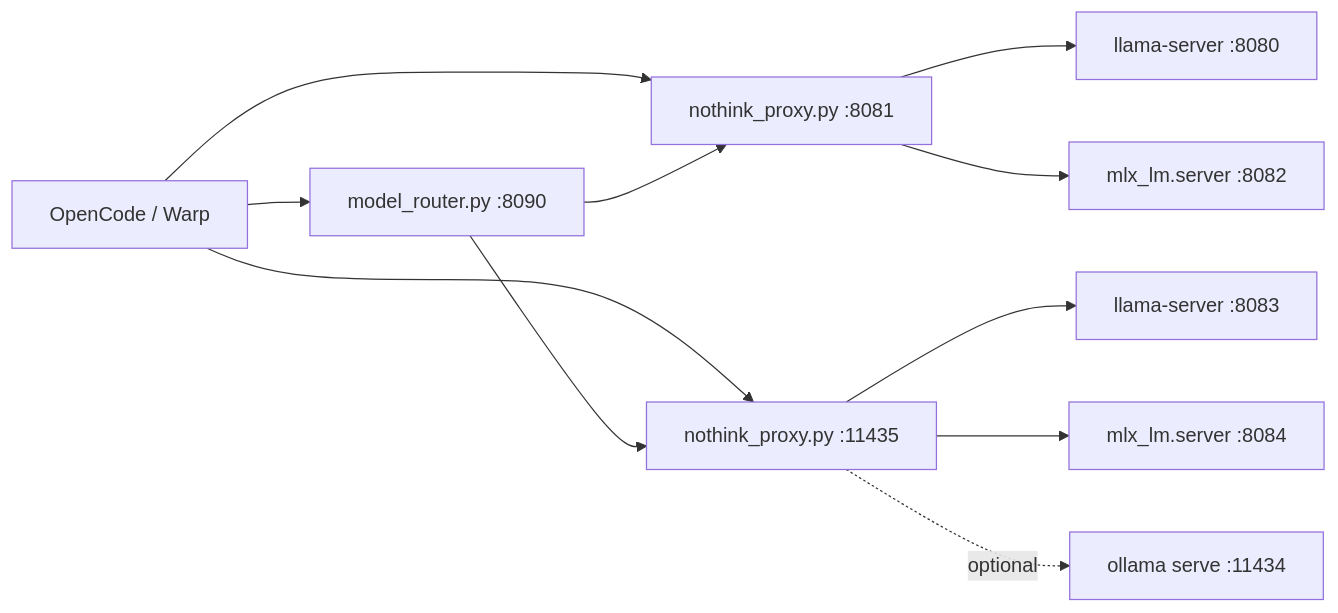
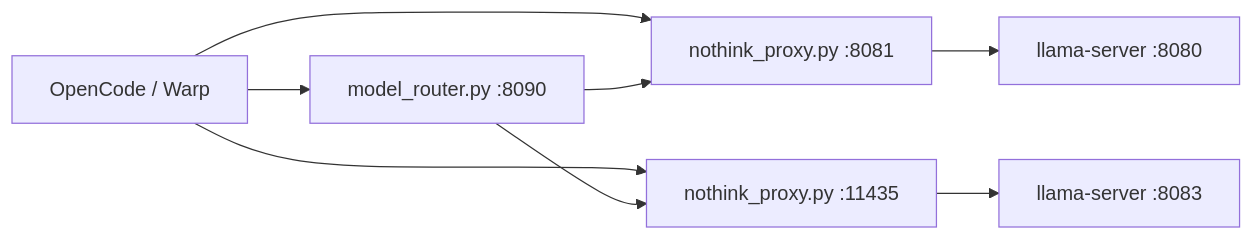
One commit to roubachof/ai-local-dev changed the diagram in docs/ARCHITECTURE.md. Above: the diagram before and after it, drawn with Mermaid. The commit also changed other lines of this file and 21 other files, not shown here.

````diff
--- a/docs/ARCHITECTURE.md
+++ b/docs/ARCHITECTURE.md
@@ -7,23 +7,17 @@
 ```mermaid
 flowchart LR
     C[OpenCode / Warp]
     P27[nothink_proxy.py :8081]
     P35[nothink_proxy.py :11435]
     R[model_router.py :8090]
     Llama27[llama-server :8080]
     Llama35[llama-server :8083]
-    Mlx27[mlx_lm.server :8082]
-    Mlx35[mlx_lm.server :8084]
-    Ollama[ollama serve :11434]
 
     C --> P27
     C --> P35
     C --> R
     R --> P27
     R --> P35
     P27 --> Llama27
-    P27 --> Mlx27
     P35 --> Llama35
-    P35 --> Mlx35
-    P35 -. optional .-> Ollama
 ```
````
